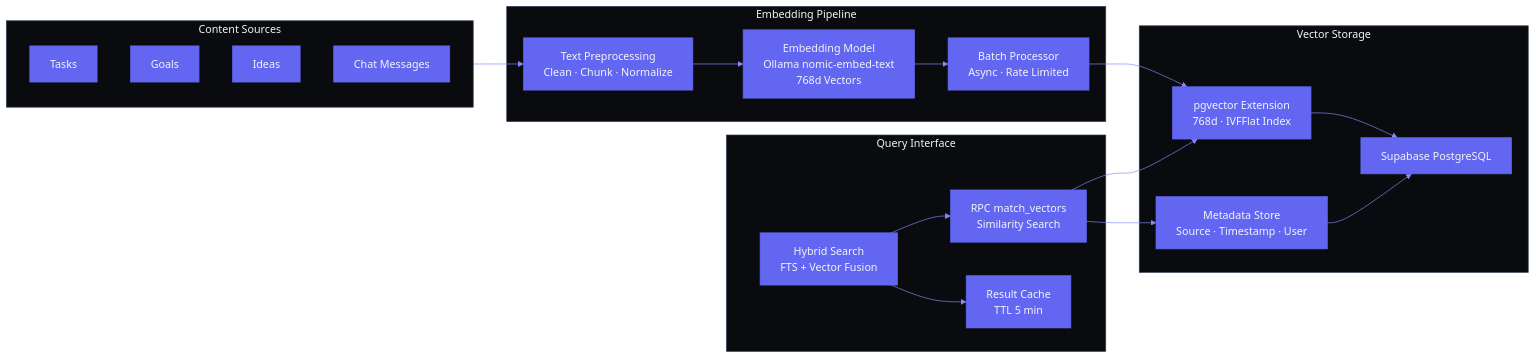
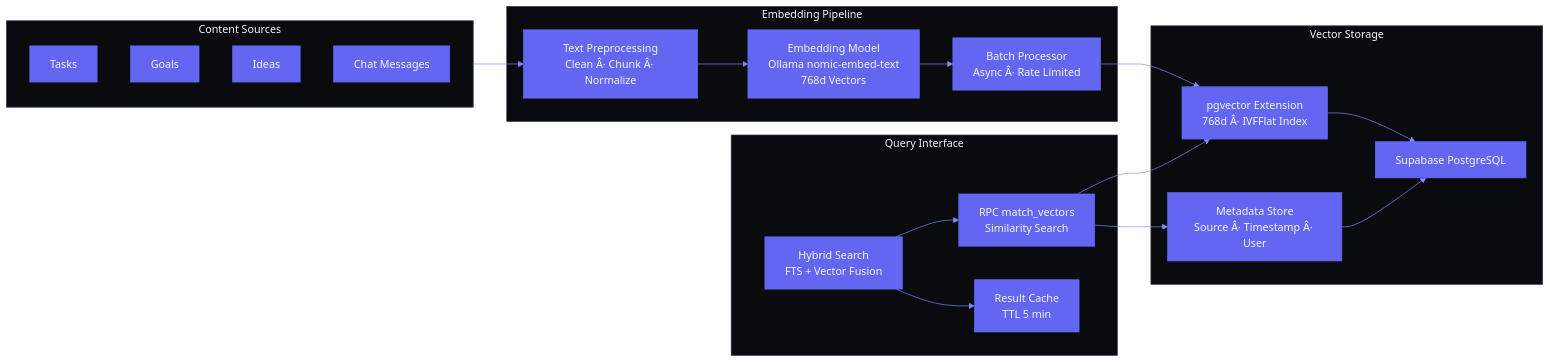
One commit to rohitkumarnaidu/ARIA-OS---SecondBrain- changed the first of 2 diagrams in docs/engineering/VectorDatabase.md. Above: the diagram before and after it, drawn with Mermaid. The commit also changed other lines of this file and 3 other files, not shown here.

````diff
--- a/docs/engineering/VectorDatabase.md
+++ b/docs/engineering/VectorDatabase.md
@@ -19,54 +19,54 @@
 ```mermaid
 %%{
   init: {
     'theme': 'base',
     'themeVariables': {
       'primaryColor': '#6366F1',
       'primaryTextColor': '#F1F5F9',
       'primaryBorderColor': '#6366F1',
       'lineColor': '#818CF8',
       'secondaryColor': '#13151A',
       'tertiaryColor': '#0A0B0F',
       'clusterBkg': '#0A0B0F',
       'clusterBorder': '#334155',
       'nodeBorder': '#6366F1',
       'nodeTextColor': '#F1F5F9',
       'edgeLabelBackground': '#13151A',
       'fontFamily': 'DM Sans',
       'titleColor': '#F1F5F9'
     }
   }
 }%%
 graph LR
     subgraph Source["Content Sources"]
         Tasks["Tasks"]
         Goals["Goals"]
         Ideas["Ideas"]
         Chat["Chat Messages"]
     end
     subgraph Pipeline["Embedding Pipeline"]
-        TextPrep["Text Preprocessing<br/>Clean · Chunk · Normalize"]
+        TextPrep["Text Preprocessing<br/>Clean Â· Chunk Â· Normalize"]
         EmbedModel["Embedding Model<br/>Ollama nomic-embed-text<br/>768d Vectors"]
-        BatchProc["Batch Processor<br/>Async · Rate Limited"]
+        BatchProc["Batch Processor<br/>Async Â· Rate Limited"]
     end
     subgraph Storage["Vector Storage"]
         PGDB["Supabase PostgreSQL"]
-        PGVec["pgvector Extension<br/>768d · IVFFlat Index"]
-        Metadata["Metadata Store<br/>Source · Timestamp · User"]
+        PGVec["pgvector Extension<br/>768d Â· IVFFlat Index"]
+        Metadata["Metadata Store<br/>Source Â· Timestamp Â· User"]
     end
     subgraph Query["Query Interface"]
         RPC["RPC match_vectors<br/>Similarity Search"]
         HybridQ["Hybrid Search<br/>FTS + Vector Fusion"]
         Cache["Result Cache<br/>TTL 5 min"]
     end
     Source --> TextPrep
     TextPrep --> EmbedModel
     EmbedModel --> BatchProc
     BatchProc --> PGVec
     PGVec --> PGDB
     Metadata --> PGDB
     RPC --> PGVec
     RPC --> Metadata
     HybridQ --> RPC
     HybridQ --> Cache
 ```
````
